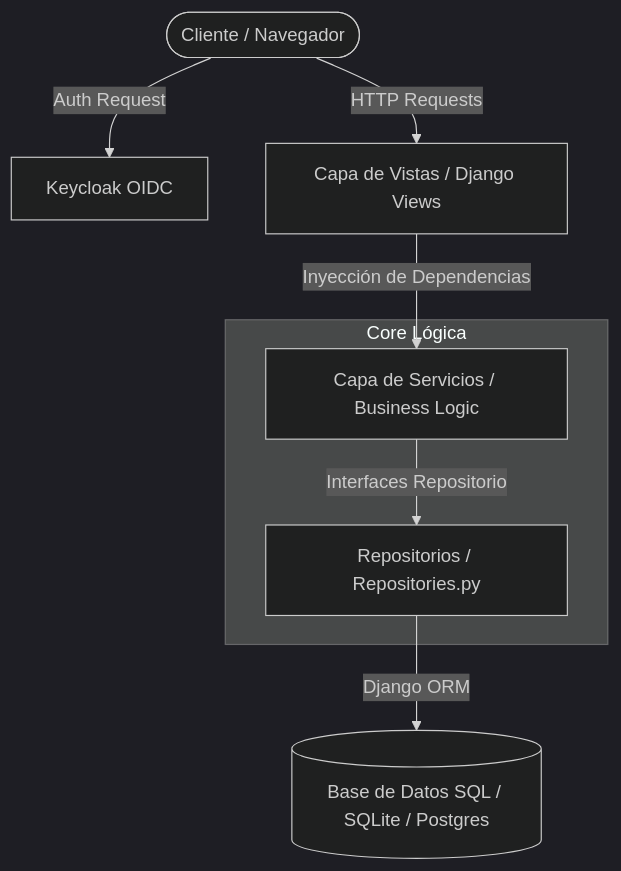
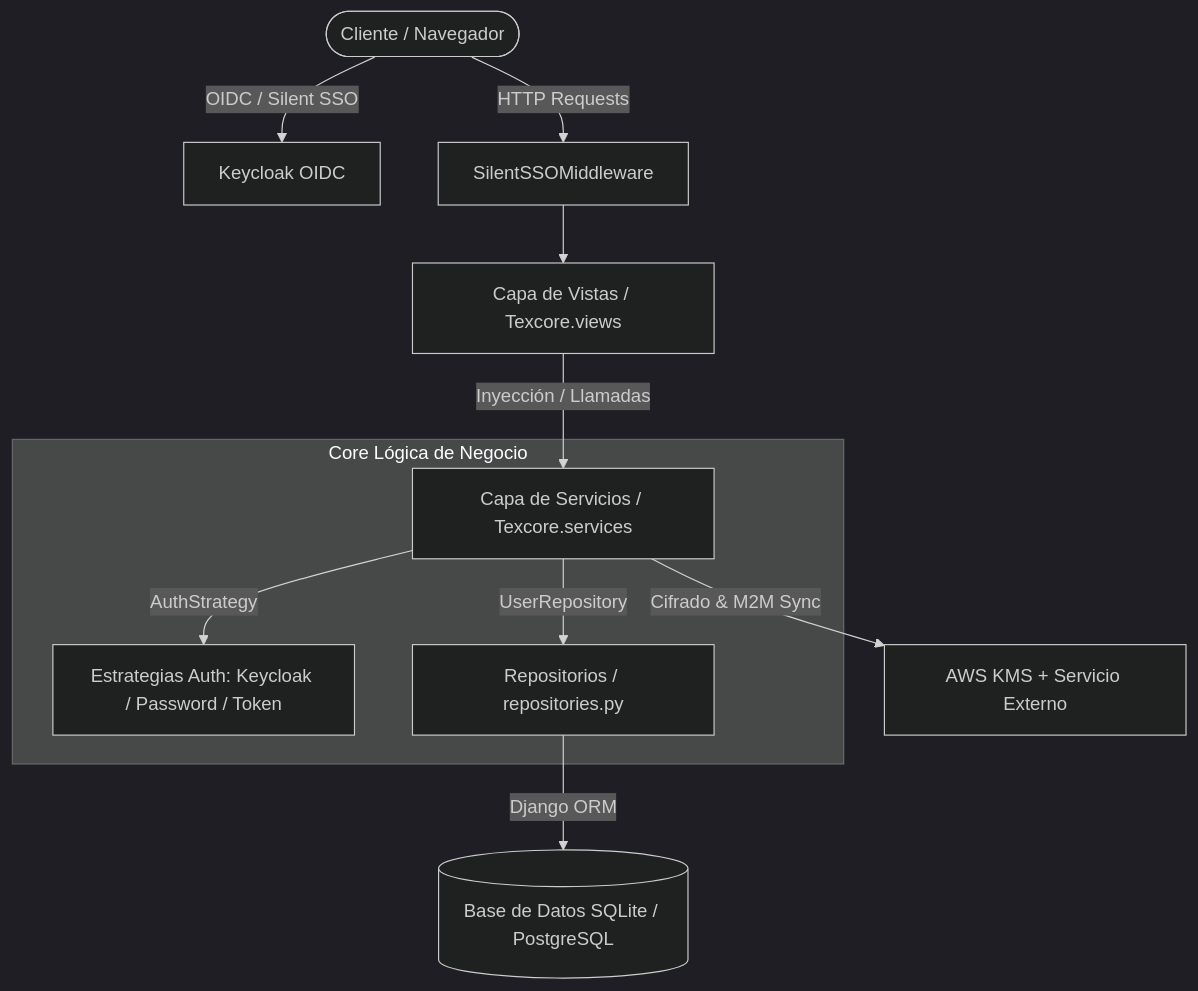
One commit to Altermanns/Textil-APP changed the diagram in README.md. Above: the diagram before and after it, drawn with Mermaid (dark theme). The commit also changed other lines of this file and 3 other files, not shown here.

````diff
--- a/README.md
+++ b/README.md
@@ -24,13 +17,17 @@
 ```mermaid
 graph TD
-    User([Cliente / Navegador]) -->|Auth Request| KC[Keycloak OIDC]
-    User -->|HTTP Requests| Views[Capa de Vistas / Django Views]
-    Views -->|Inyección de Dependencias| Services[Capa de Servicios / Business Logic]
-    Services -->|Interfaces Repositorio| Repositories[Repositorios / Repositories.py]
-    Repositories -->|Django ORM| DB[(Base de Datos SQL / SQLite / Postgres)]
-    
-    subgraph Core Lógica
+    User([Cliente / Navegador]) -->|OIDC / Silent SSO| KC[Keycloak OIDC]
+    User -->|HTTP Requests| Middleware[SilentSSOMiddleware]
+    Middleware --> Views[Capa de Vistas / Texcore.views]
+    Views -->|Inyección / Llamadas| Services[Capa de Servicios / Texcore.services]
+    Services -->|AuthStrategy| AuthStrat[Estrategias Auth: Keycloak / Password / Token]
+    Services -->|UserRepository| Repositories[Repositorios / repositories.py]
+    Services -->|Cifrado & M2M Sync| KMS[AWS KMS + Servicio Externo]
+    Repositories -->|Django ORM| DB[(Base de Datos SQLite / PostgreSQL)]
+
+    subgraph Core Lógica de Negocio
         Services
+        AuthStrat
         Repositories
     end
 ```
````
